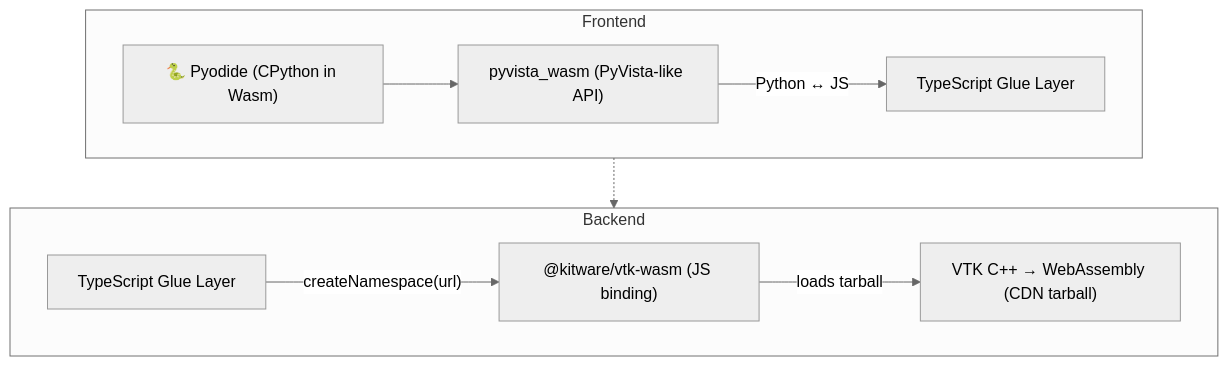
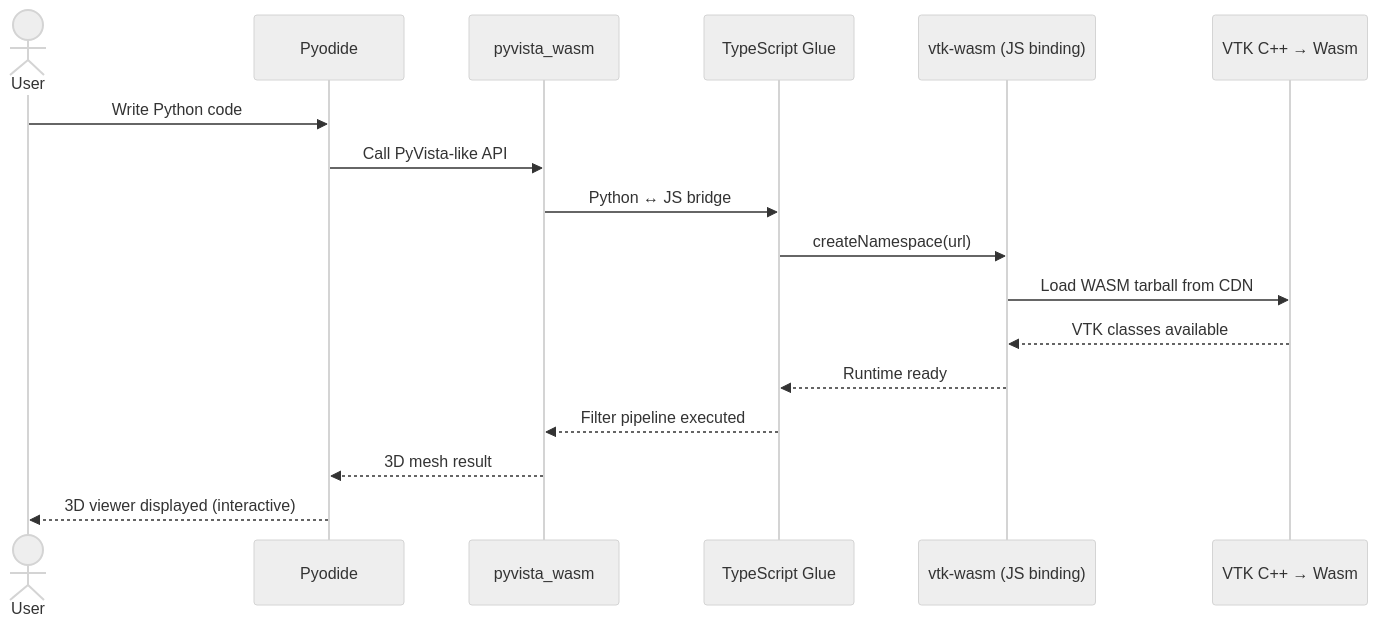
The fifth of 5 diagrams in slides/slides.md (tkoyama010/pyvista-wasm), drawn with Mermaid (neutral theme) before and after one commit. The commit also changed 2 other files, not shown here.

Commit message:
docs: convert pyvista-wasm architecture diagram to sequence diagram

````diff
--- a/slides/slides.md
+++ b/slides/slides.md
@@ -527,14 +527,20 @@
 ```mermaid {scale: 0.75}
-flowchart TB
-  subgraph row1["Frontend"]
-    direction LR
-    P["🐍 Pyodide (CPython in Wasm)"] --> PV["pyvista_wasm (PyVista-like API)"]
-    PV -->|"Python ↔ JS"| TS["TypeScript Glue Layer"]
-  end
-  subgraph row2["Backend"]
-    direction LR
-    TS2["TypeScript Glue Layer"] -->|"createNamespace(url)"| VW["@kitware/vtk-wasm (JS binding)"]
-    VW -->|"loads tarball"| VTK["VTK C++ → WebAssembly (CDN tarball)"]
-  end
-  TS -.-> TS2
+sequenceDiagram
+    actor U as User
+    participant P as Pyodide
+    participant PV as pyvista_wasm
+    participant TS as TypeScript Glue
+    participant VW as vtk-wasm (JS binding)
+    participant VTK as VTK C++ → Wasm
+
+    U->>P: Write Python code
+    P->>PV: Call PyVista-like API
+    PV->>TS: Python ↔ JS bridge
+    TS->>VW: createNamespace(url)
+    VW->>VTK: Load WASM tarball from CDN
+    VTK-->>VW: VTK classes available
+    VW-->>TS: Runtime ready
+    TS-->>PV: Filter pipeline executed
+    PV-->>P: 3D mesh result
+    P-->>U: 3D viewer displayed (interactive)
 ```
````
